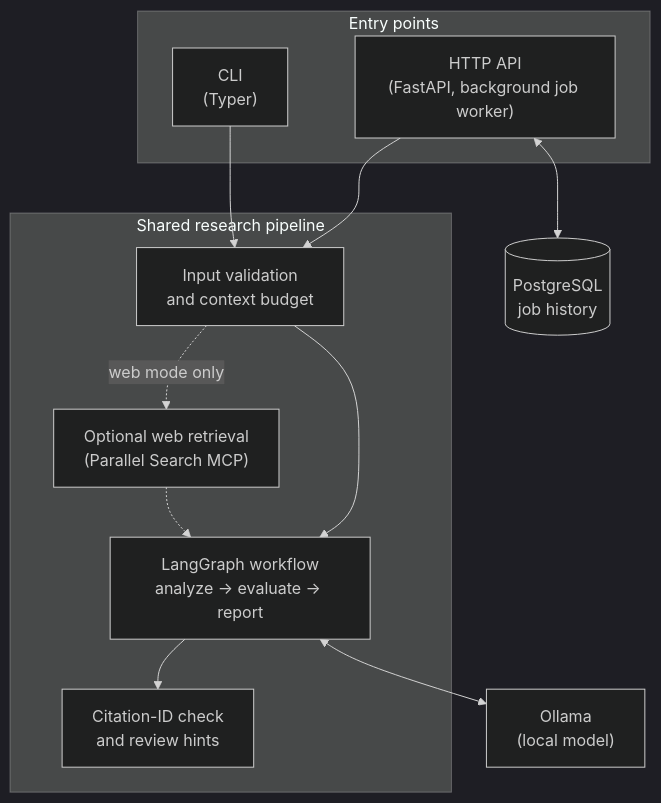
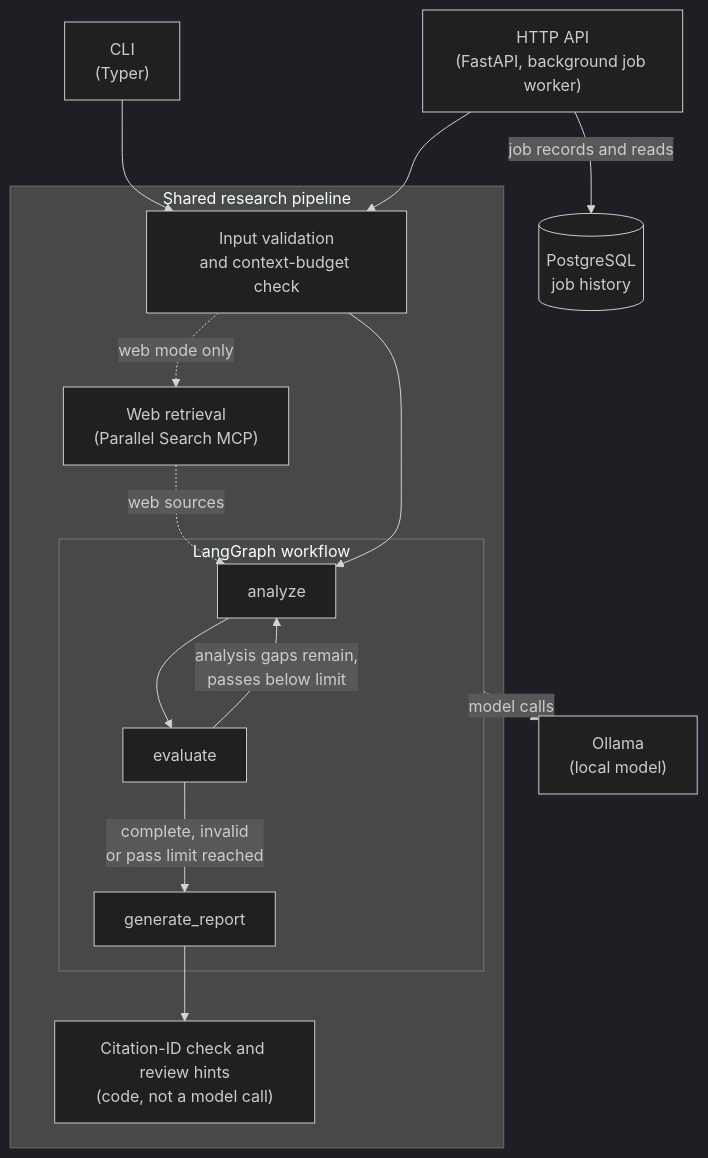
The diagram in README.md (pithiyakeval/ResearchPilot), drawn with Mermaid (dark theme) before and after one commit. The commit also changed other lines of this file, not shown here.

Commit message:
docs: clarify agentic research architecture

````diff
--- a/README.md
+++ b/README.md
@@ -9,26 +9,31 @@
 ```mermaid
 flowchart TB
-    subgraph entry["Entry points"]
-        CLI["CLI<br/>(Typer)"]
-        API["HTTP API<br/>(FastAPI, background job worker)"]
-    end
+    CLI["CLI<br/>(Typer)"]
+    API["HTTP API<br/>(FastAPI, background job worker)"]
 
     subgraph pipeline["Shared research pipeline"]
-        Validate["Input validation<br/>and context budget"]
-        Web["Optional web retrieval<br/>(Parallel Search MCP)"]
-        Graph["LangGraph workflow<br/>analyze → evaluate → report"]
-        Checks["Citation-ID check<br/>and review hints"]
+        Validate["Input validation<br/>and context-budget check"]
+        Web["Web retrieval<br/>(Parallel Search MCP)"]
+        subgraph workflow["LangGraph workflow"]
+            Analyze["analyze"]
+            Evaluate["evaluate"]
+            Report["generate_report"]
+            Analyze --> Evaluate
+            Evaluate -- "analysis gaps remain,<br/>passes below limit" --> Analyze
+            Evaluate -- "complete, invalid<br/>or pass limit reached" --> Report
+        end
+        Checks["Citation-ID check and review hints<br/>(code, not a model call)"]
     end
 
     Ollama["Ollama<br/>(local model)"]
     History[("PostgreSQL<br/>job history")]
 
     CLI --> Validate
     API --> Validate
     Validate -. "web mode only" .-> Web
-    Web -.-> Graph
-    Validate --> Graph
-    Graph <--> Ollama
-    Graph --> Checks
-    API <--> History
+    Web -. "web sources" .-> Analyze
+    Validate --> Analyze
+    workflow -. "model calls" .-> Ollama
+    Report --> Checks
+    API -- "job records and reads" --> History
 ```
````
